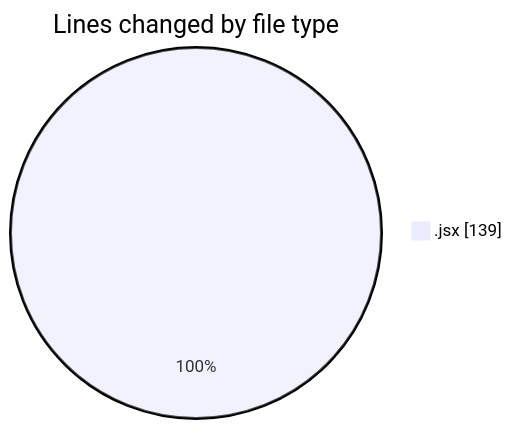
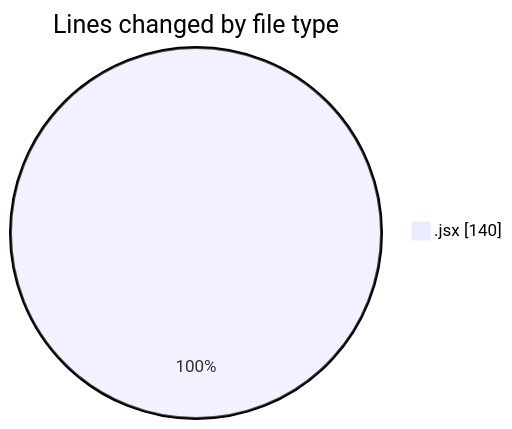
The first of 2 diagrams in 2025-07-11/argos/README.md (nxtqubesakshisongat/code-tracking), drawn with Mermaid before and after one commit. The commit also changed other lines of this file and 1 other file, not shown here.

````diff
--- a/2025-07-11/argos/README.md
+++ b/2025-07-11/argos/README.md
@@ -20,5 +20,5 @@
 ```mermaid
 pie showData
 title Lines changed by file type
-".jsx" : 139
+".jsx" : 140
 ```
````
